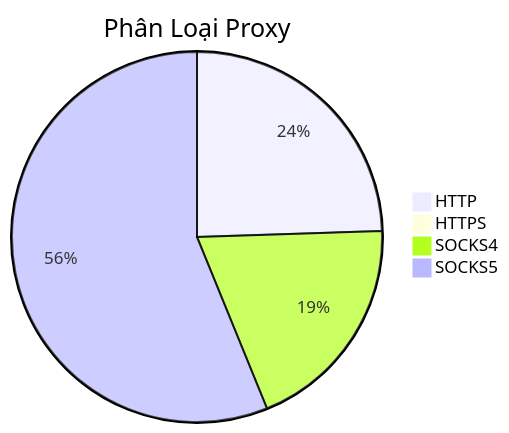
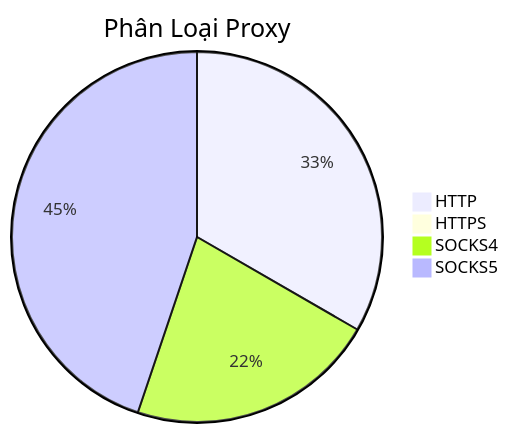
One commit to Ciara-12/PROXY-free changed the diagram in README.md. Above: the diagram before and after it, drawn with Mermaid. The commit also changed other lines of this file and 4 other files, not shown here.

````diff
--- a/README.md
+++ b/README.md
@@ -26,7 +26,7 @@
 ```mermaid
 pie title Phân Loại Proxy
-    "HTTP" : 500
+    "HTTP" : 470
     "HTTPS" : 2
-    "SOCKS4" : 395
-    "SOCKS5" : 1147
+    "SOCKS4" : 308
+    "SOCKS5" : 632
 ```
````
